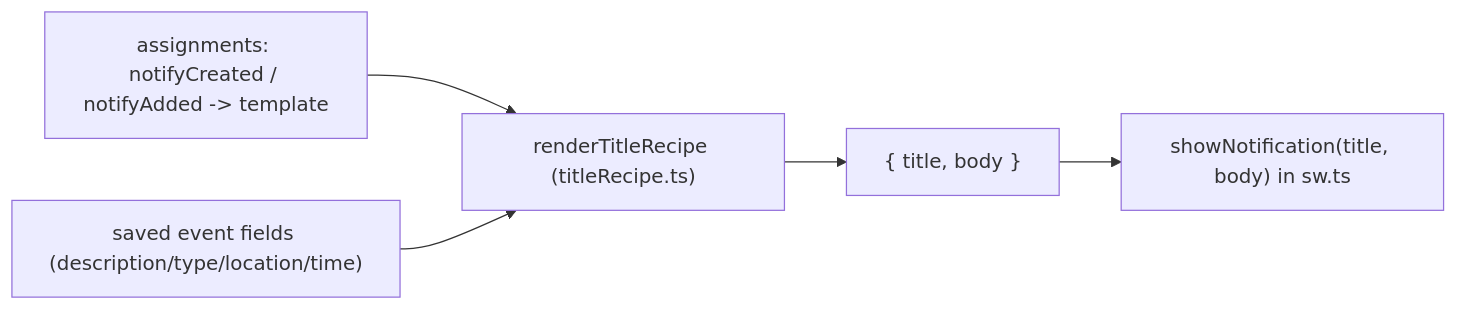
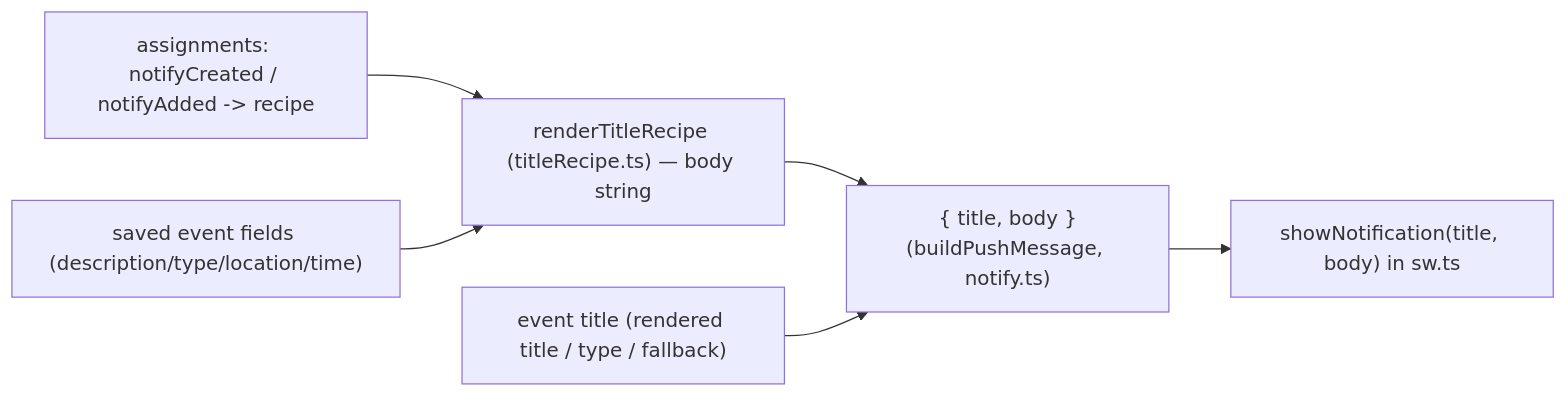
One commit to oncloudnintynineone-source/cloudy2 changed the second of 2 diagrams in docs/event-notifications.md. Above: the diagram before and after it, drawn with Mermaid. The commit also changed other lines of this file and 22 other files, not shown here.

Commit message:
docs: sync mermaid diagrams with current code, fix diagram syntax errors

````diff
--- a/docs/event-notifications.md
+++ b/docs/event-notifications.md
@@ -295,7 +295,8 @@
 ```mermaid
 flowchart LR
-  A["assignments: notifyCreated / notifyAdded -> template"] --> R
+  A["assignments: notifyCreated / notifyAdded -> recipe"] --> R
   B["saved event fields (description/type/location/time)"] --> R
-  R["renderTitleRecipe (titleRecipe.ts)"] --> M["{ title, body }"]
+  R["renderTitleRecipe (titleRecipe.ts) — body string"] --> M
+  T["event title (rendered title / type / fallback)"] --> M["{ title, body }<br/>(buildPushMessage, notify.ts)"]
   M --> S["showNotification(title, body) in sw.ts"]
 ```
````
